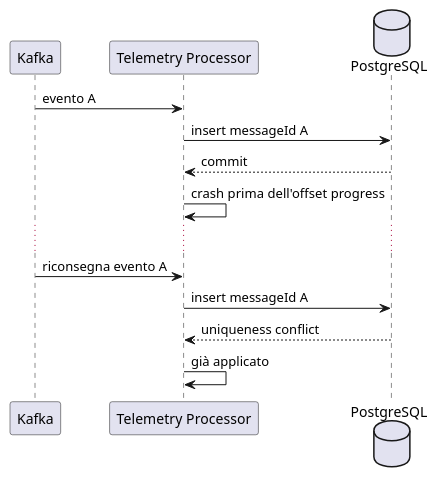
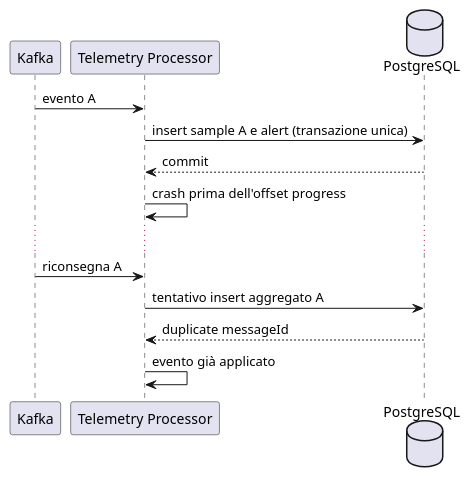
One commit to val3riot/FleetPulse changed the diagram in docs/diagrammi/recovery-processor.puml. Above: the diagram before and after it, drawn with PlantUML. The commit also changed 15 other files, not shown here.

Commit message:
docs(consistency): align FP-055 contracts and diagrams

```diff
--- a/docs/diagrammi/recovery-processor.puml
+++ b/docs/diagrammi/recovery-processor.puml
@@ -1,15 +1,15 @@
 @startuml
 participant Kafka
 participant "Telemetry Processor" as Processor
 database PostgreSQL
 
 Kafka -> Processor : evento A
-Processor -> PostgreSQL : insert messageId A
+Processor -> PostgreSQL : insert sample A e alert (transazione unica)
 PostgreSQL --> Processor : commit
 Processor -> Processor : crash prima dell'offset progress
 ...
-Kafka -> Processor : riconsegna evento A
-Processor -> PostgreSQL : insert messageId A
-PostgreSQL --> Processor : uniqueness conflict
-Processor -> Processor : già applicato
+Kafka -> Processor : riconsegna A
+Processor -> PostgreSQL : tentativo insert aggregato A
+PostgreSQL --> Processor : duplicate messageId
+Processor -> Processor : evento già applicato
 @enduml
```
